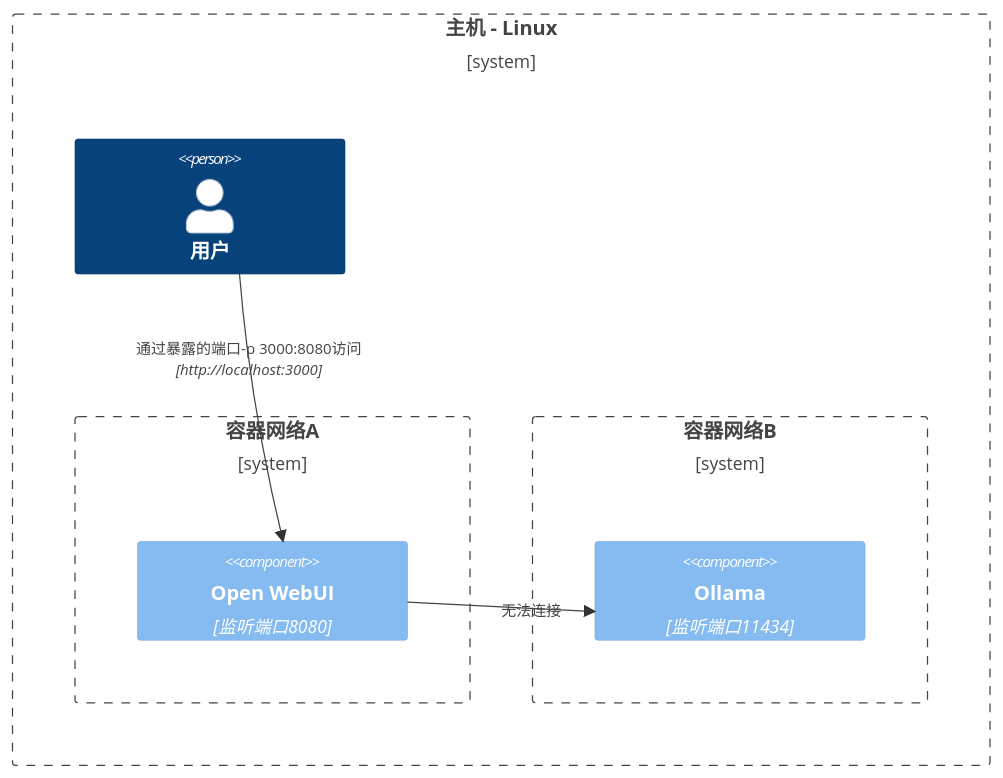
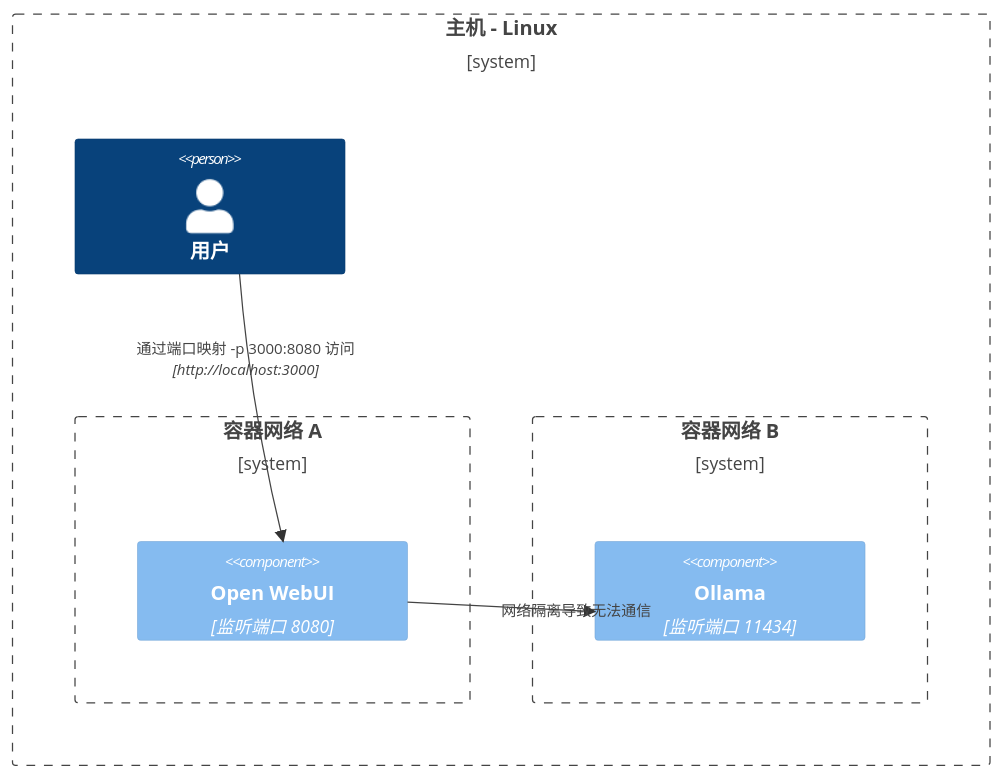
The seventh of 8 diagrams in docs/troubleshooting/network-diagrams.mdx (LazyG9/openwebui-doc-zh), drawn with Mermaid before and after one commit. The commit also changed other lines of this file and 151 other files, not shown here.

````diff
--- a/docs/troubleshooting/network-diagrams.mdx
+++ b/docs/troubleshooting/network-diagrams.mdx
@@ -130,15 +131,15 @@
 ```mermaid
 C4Context
 Boundary(b0, "主机 - Linux") {
    Person(user, "用户")
-   Boundary(b2, "容器网络A") {
-      Component(openwebui, "Open WebUI", "监听端口8080")
+   Boundary(b2, "容器网络 A") {
+      Component(openwebui, "Open WebUI", "监听端口 8080")
    }
-   Boundary(b3, "容器网络B") {
-      Component(ollama, "Ollama", "监听端口11434")
+   Boundary(b3, "容器网络 B") {
+      Component(ollama, "Ollama", "监听端口 11434")
    }
 }
-Rel(openwebui, ollama, "无法连接")
-Rel(user, openwebui, "通过暴露的端口-p 3000:8080访问", "http://localhost:3000")
+Rel(openwebui, ollama, "网络隔离导致无法通信")
+Rel(user, openwebui, "通过端口映射 -p 3000:8080 访问", "http://localhost:3000")
 UpdateRelStyle(user, openwebui, $offsetX="-100", $offsetY="-50")
 ```
````
